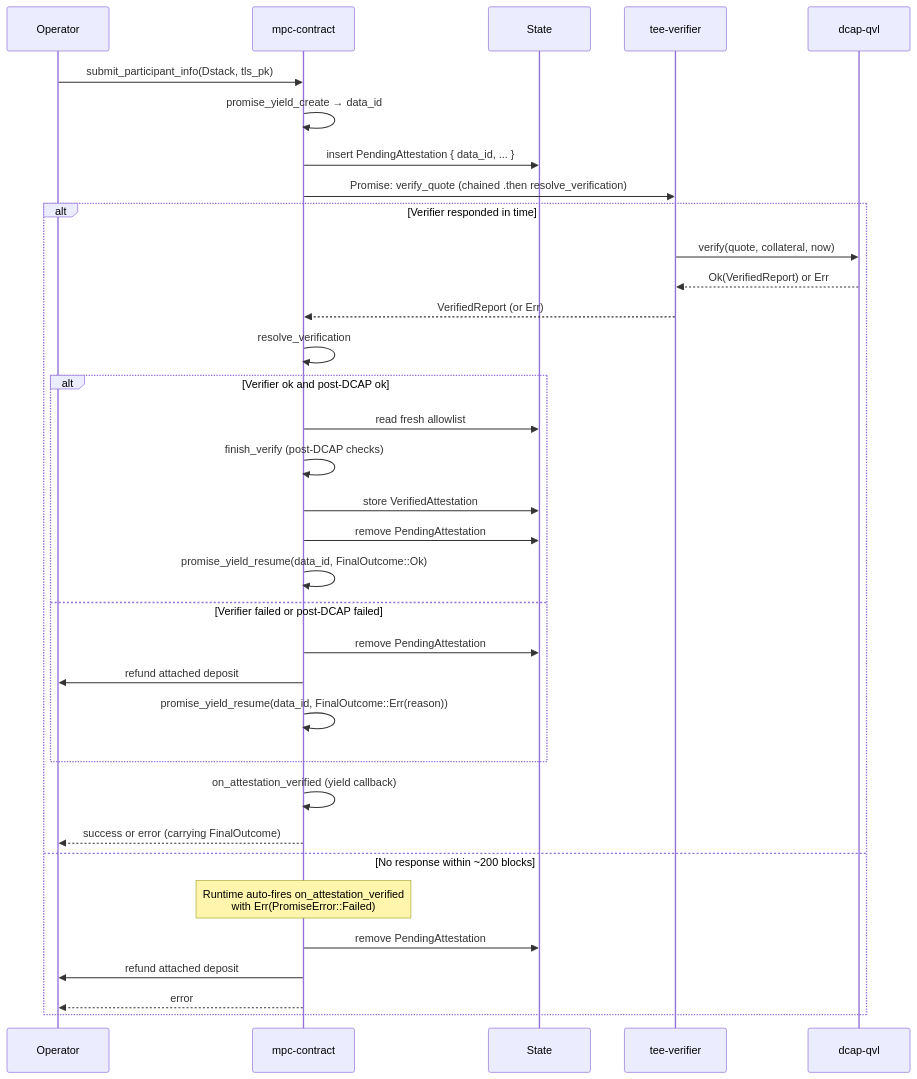
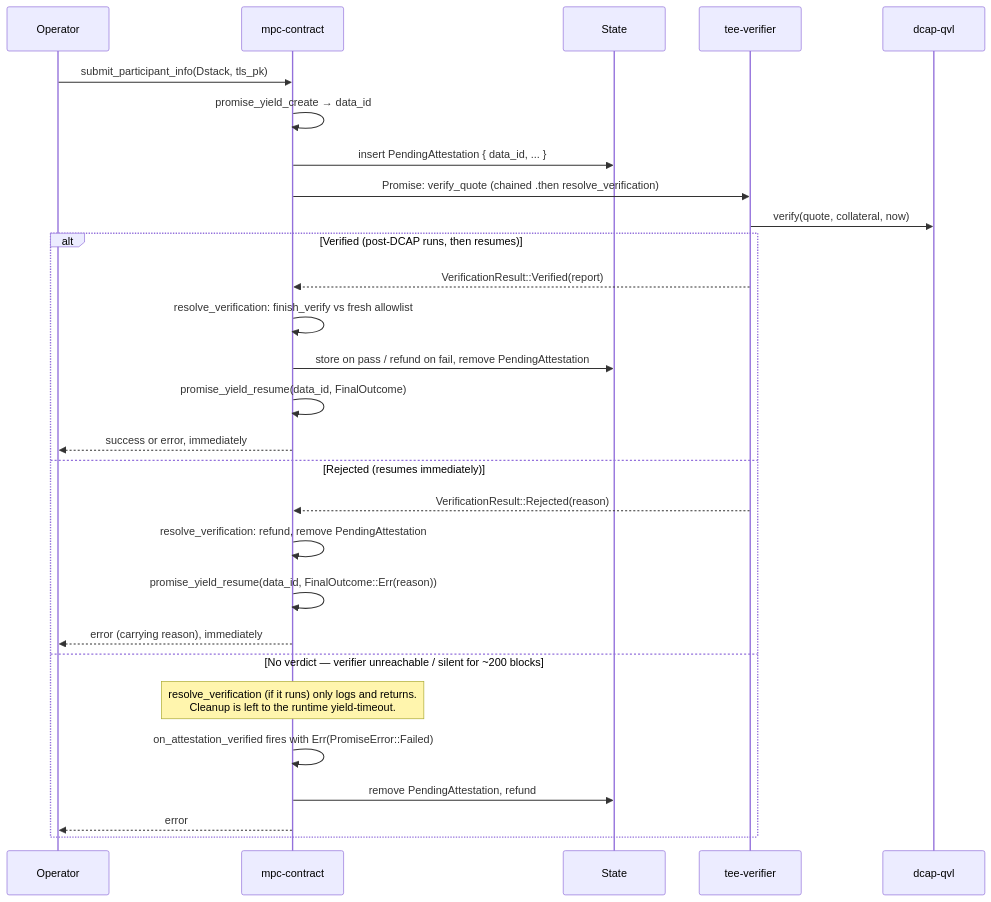
The third of 6 diagrams in docs/design/attestation-verifier-contract.md (near/mpc), drawn with Mermaid before and after one commit. The commit also changed other lines of this file and 1 other file, not shown here.

First line of the commit message:
feat(tee-verifier-interface): add VerifierError and VerificationResult

````diff
--- a/docs/design/attestation-verifier-contract.md
+++ b/docs/design/attestation-verifier-contract.md
@@ -68,38 +68,33 @@
 ```mermaid
 sequenceDiagram
     participant Op as Operator
     participant MPC as mpc-contract
     participant State as State
     participant Ver as tee-verifier
     participant DCAP as dcap-qvl
 
     Op->>MPC: submit_participant_info(Dstack, tls_pk)
     MPC->>MPC: promise_yield_create → data_id
     MPC->>State: insert PendingAttestation { data_id, ... }
     MPC->>Ver: Promise: verify_quote (chained .then resolve_verification)
 
-    alt Verifier responded in time
-        Ver->>DCAP: verify(quote, collateral, now)
-        DCAP-->>Ver: Ok(VerifiedReport) or Err
-        Ver-->>MPC: VerifiedReport (or Err)
-        MPC->>MPC: resolve_verification
-        alt Verifier ok and post-DCAP ok
-            MPC->>State: read fresh allowlist
-            MPC->>MPC: finish_verify (post-DCAP checks)
-            MPC->>State: store VerifiedAttestation
-            MPC->>State: remove PendingAttestation
-            MPC->>MPC: promise_yield_resume(data_id, FinalOutcome::Ok)
-        else Verifier failed or post-DCAP failed
-            MPC->>State: remove PendingAttestation
-            MPC->>Op: refund attached deposit
-            MPC->>MPC: promise_yield_resume(data_id, FinalOutcome::Err(reason))
-        end
-        MPC->>MPC: on_attestation_verified (yield callback)
-        MPC-->>Op: success or error (carrying FinalOutcome)
-    else No response within ~200 blocks
-        Note over MPC: Runtime auto-fires on_attestation_verified<br/>with Err(PromiseError::Failed)
-        MPC->>State: remove PendingAttestation
-        MPC->>Op: refund attached deposit
+    Ver->>DCAP: verify(quote, collateral, now)
+
+    alt Verified (post-DCAP runs, then resumes)
+        Ver-->>MPC: VerificationResult::Verified(report)
+        MPC->>MPC: resolve_verification: finish_verify vs fresh allowlist
+        MPC->>State: store on pass / refund on fail, remove PendingAttestation
+        MPC->>MPC: promise_yield_resume(data_id, FinalOutcome)
+        MPC-->>Op: success or error, immediately
+    else Rejected (resumes immediately)
+        Ver-->>MPC: VerificationResult::Rejected(reason)
+        MPC->>MPC: resolve_verification: refund, remove PendingAttestation
+        MPC->>MPC: promise_yield_resume(data_id, FinalOutcome::Err(reason))
+        MPC-->>Op: error (carrying reason), immediately
+    else No verdict — verifier unreachable / silent for ~200 blocks
+        Note over MPC: resolve_verification (if it runs) only logs and returns.<br/>Cleanup is left to the runtime yield-timeout.
+        MPC->>MPC: on_attestation_verified fires with Err(PromiseError::Failed)
+        MPC->>State: remove PendingAttestation, refund
         MPC-->>Op: error
     end
 ```
````
